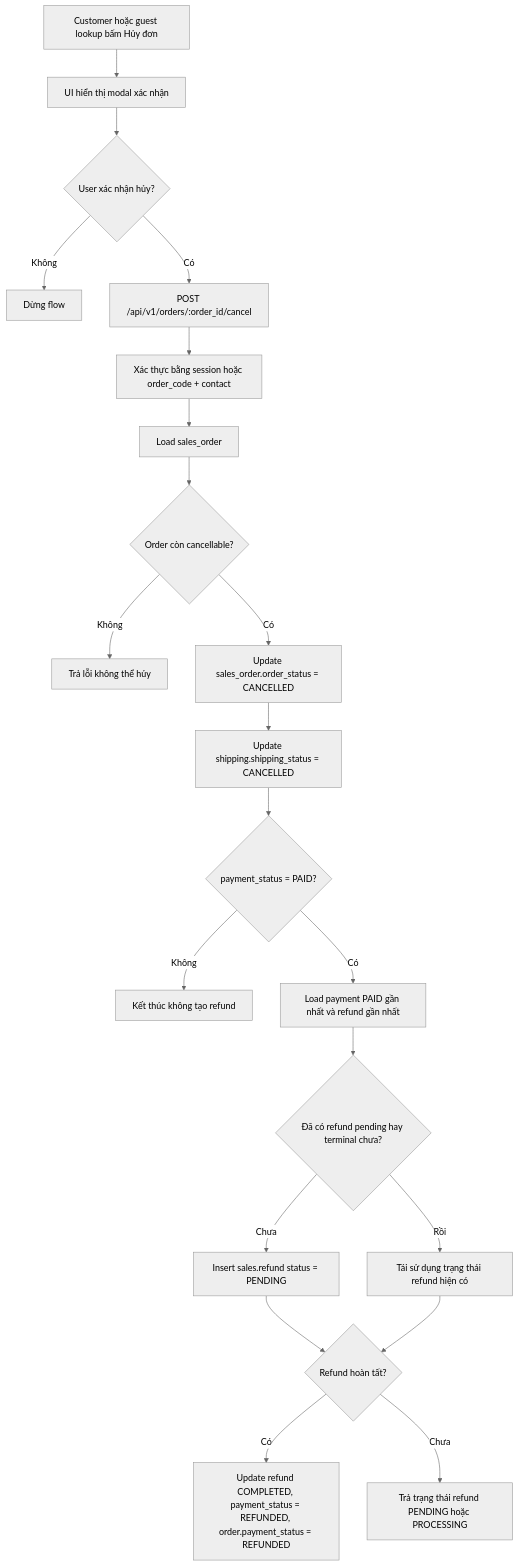
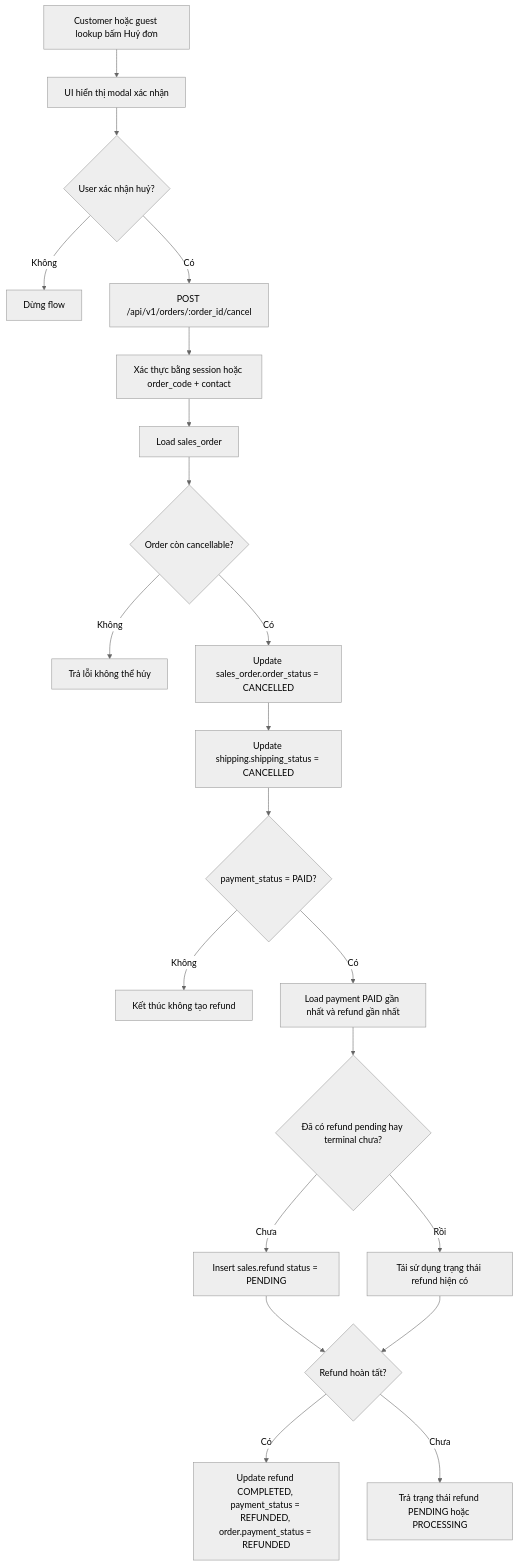
The ninth of 13 diagrams in docs/diagrams/activity_diagram.md (pamern/xeoxo-web-dev), drawn with Mermaid (neutral theme) before and after one commit. The commit also changed other lines of this file and 5 other files, not shown here.

````diff
--- a/docs/diagrams/activity_diagram.md
+++ b/docs/diagrams/activity_diagram.md
@@ -123,23 +209,23 @@
 ```mermaid
 flowchart TD
-  A[Customer hoặc guest lookup bấm Hủy đơn] --> B[UI hiển thị modal xác nhận]
-  B --> C{User xác nhận hủy?}
+  A[Customer hoặc guest lookup bấm Huỷ đơn] --> B[UI hiển thị modal xác nhận]
+  B --> C{User xác nhận huỷ?}
   C -->|Không| D[Dừng flow]
   C -->|Có| E[POST /api/v1/orders/:order_id/cancel]
   E --> F[Xác thực bằng session hoặc order_code + contact]
   F --> G[Load sales_order]
   G --> H{Order còn cancellable?}
   H -->|Không| I[Trả lỗi không thể hủy]
   H -->|Có| J[Update sales_order.order_status = CANCELLED]
   J --> K[Update shipping.shipping_status = CANCELLED]
   K --> L{payment_status = PAID?}
   L -->|Không| M[Kết thúc không tạo refund]
   L -->|Có| N[Load payment PAID gần nhất và refund gần nhất]
   N --> O{Đã có refund pending hay terminal chưa?}
   O -->|Chưa| P[Insert sales.refund status = PENDING]
   O -->|Rồi| Q[Tái sử dụng trạng thái refund hiện có]
   P --> R{Refund hoàn tất?}
   Q --> R
   R -->|Có| S[Update refund COMPLETED, payment_status = REFUNDED, order.payment_status = REFUNDED]
   R -->|Chưa| T[Trả trạng thái refund PENDING hoặc PROCESSING]
 ```
````
